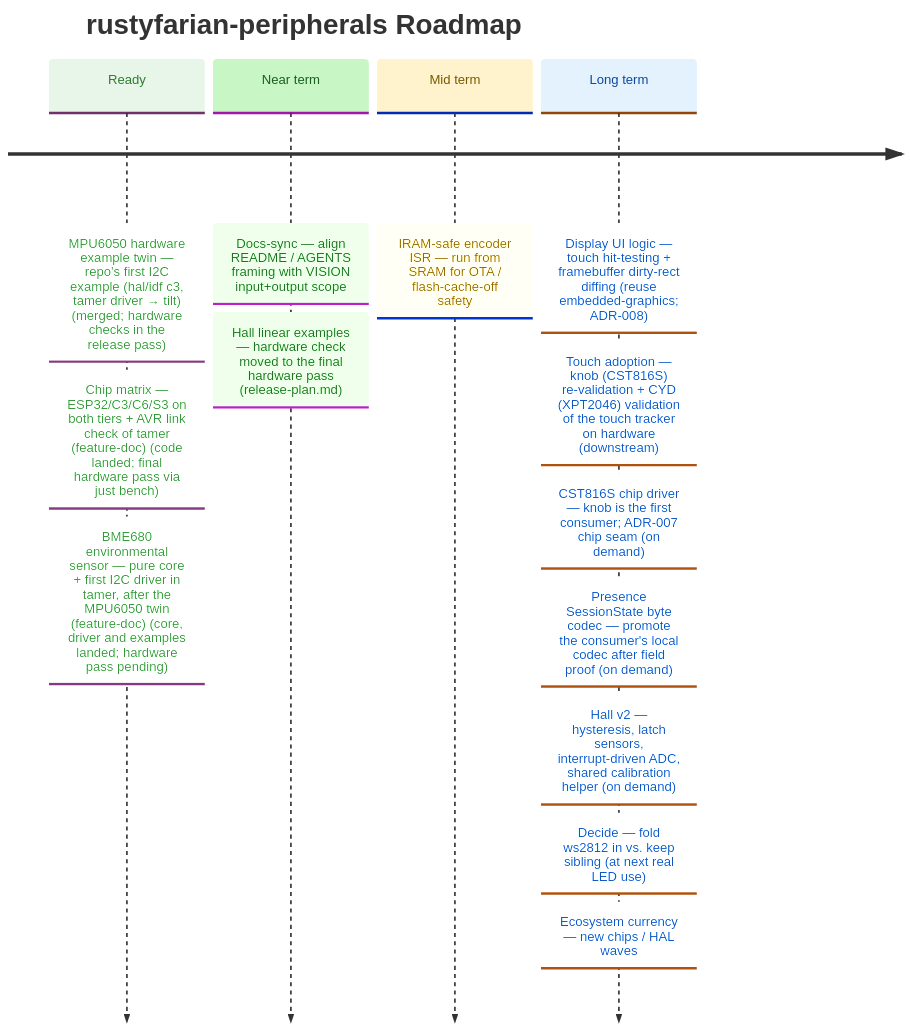
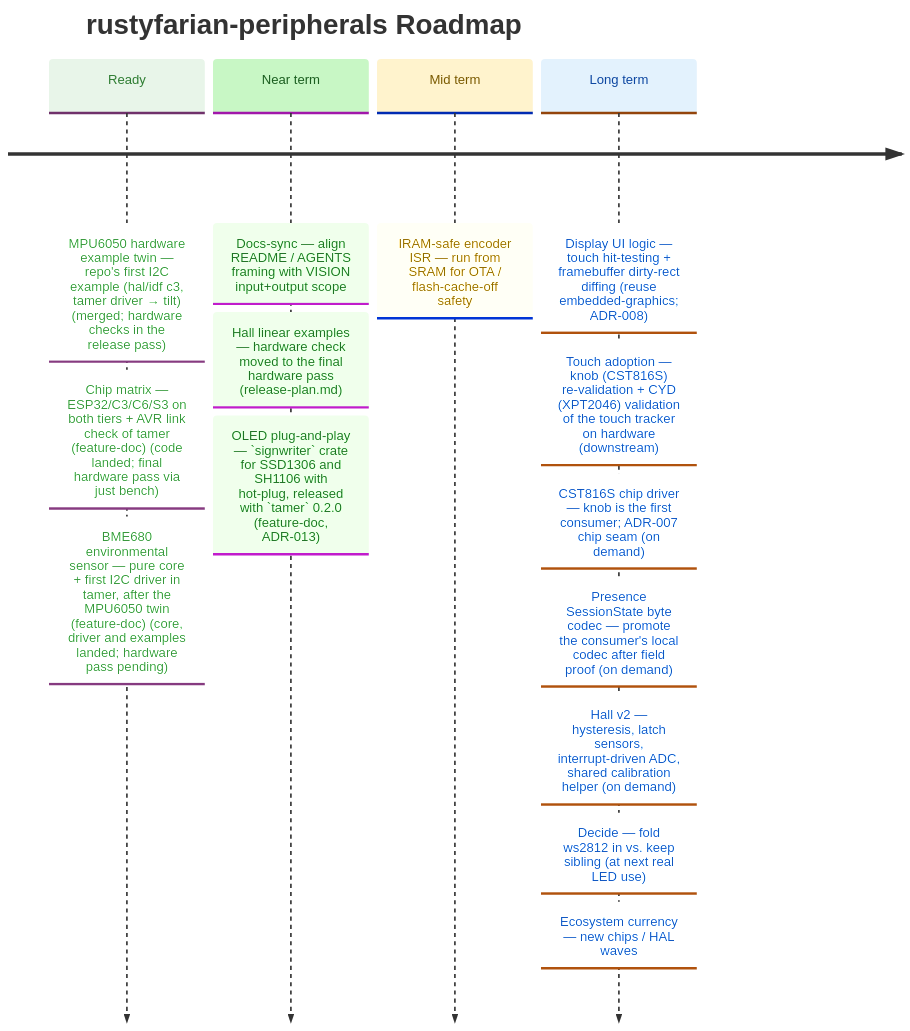
Before and after one commit to datenkollektiv/rustyfarian-peripherals: the diagram in docs/ROADMAP.md, drawn with Mermaid. The commit also changed other lines of this file and 57 other files, not shown here.

First line of the commit message:
Add signwriter for hot-swappable SSD1306/SH1106 OLEDs

````diff
--- a/docs/ROADMAP.md
+++ b/docs/ROADMAP.md
@@ -10,35 +10,36 @@
 ```mermaid
 %%{init: {
   "theme": "base",
   "themeVariables": {
     "cScale0": "#e8f5e9",
     "cScaleLabel0": "#2e7d32",
     "cScale1": "#c8f7c5",
     "cScaleLabel1": "#1b5e20",
     "cScale2": "#fff3cd",
     "cScaleLabel2": "#7a5a00",
     "cScale3": "#e3f2fd",
     "cScaleLabel3": "#0d47a1"
   }
 }}%%
 
 timeline
     title rustyfarian-peripherals Roadmap
 
     Ready     : MPU6050 hardware example twin — repo's first I2C example (hal/idf c3, tamer driver → tilt) (merged; hardware checks in the release pass)
               : Chip matrix — ESP32/C3/C6/S3 on both tiers + AVR link check of tamer (feature-doc) (code landed; final hardware pass via just bench)
               : BME680 environmental sensor — pure core + first I2C driver in tamer, after the MPU6050 twin (feature-doc) (core, driver and examples landed; hardware pass pending)
 
     Near term : Docs-sync — align README / AGENTS framing with VISION input+output scope
               : Hall linear examples — hardware check moved to the final hardware pass (release-plan.md)
+              : OLED plug-and-play — `signwriter` crate for SSD1306 and SH1106 with hot-plug, released with `tamer` 0.2.0 (feature-doc, ADR-013)
 
     Mid term  : IRAM-safe encoder ISR — run from SRAM for OTA / flash-cache-off safety
 
     Long term : Display UI logic — touch hit-testing + framebuffer dirty-rect diffing (reuse embedded-graphics; ADR-008)
               : Touch adoption — knob (CST816S) re-validation + CYD (XPT2046) validation of the touch tracker on hardware (downstream)
               : CST816S chip driver — knob is the first consumer; ADR-007 chip seam (on demand)
               : Presence SessionState byte codec — promote the consumer's local codec after field proof (on demand)
               : Hall v2 — hysteresis, latch sensors, interrupt-driven ADC, shared calibration helper (on demand)
               : Decide — fold ws2812 in vs. keep sibling (at next real LED use)
               : Ecosystem currency — new chips / HAL waves
 ```
````
